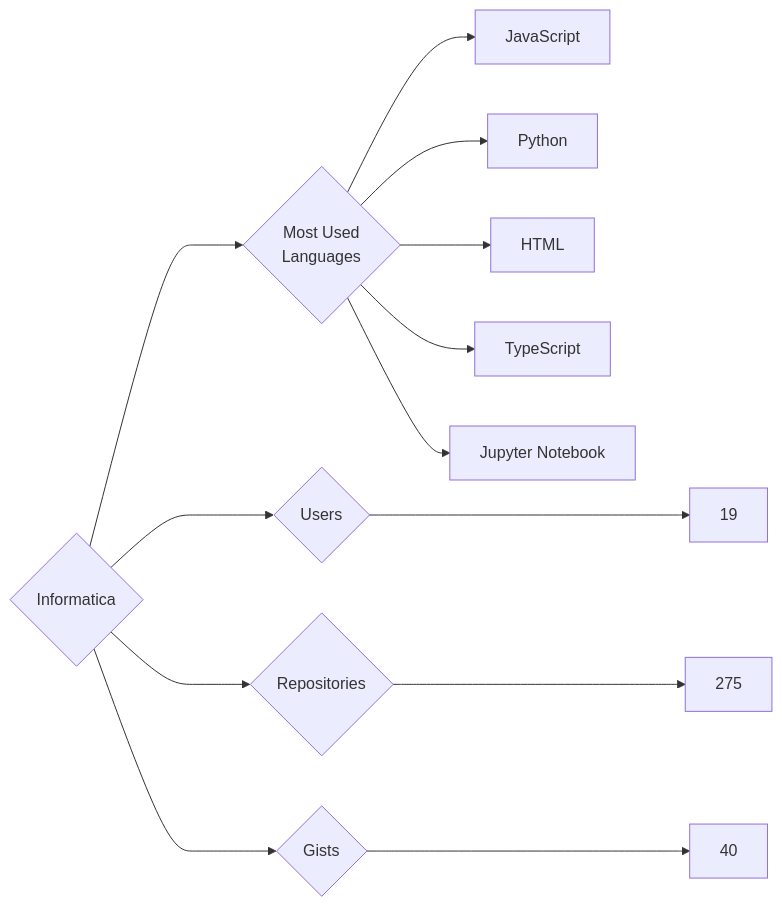
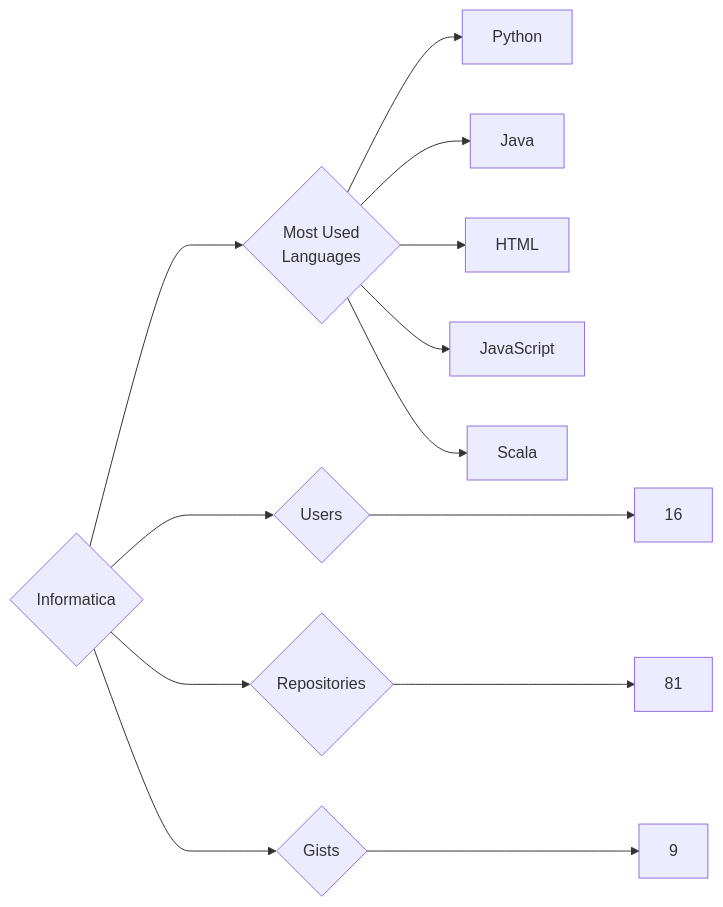
Before and after one commit to trickest/insiders: the diagram in targets/Informatica/README.md, drawn with Mermaid. The commit also changed 772 other files, not shown here.

````diff
--- a/targets/Informatica/README.md
+++ b/targets/Informatica/README.md
@@ -3,13 +3,13 @@
 ```mermaid
 graph LR
 COMPANY_NAME{Informatica}
-COMPANY_NAME ---> U{Users} ---> UN[19]
-COMPANY_NAME ---> R{Repositories} ---> RN[275]
-COMPANY_NAME ---> G{Gists} ---> GN[40]
+COMPANY_NAME ---> U{Users} ---> UN[16]
+COMPANY_NAME ---> R{Repositories} ---> RN[81]
+COMPANY_NAME ---> G{Gists} ---> GN[9]
 COMPANY_NAME ---> ML{Most Used<br>Languages}
+ML --> Python[Python]
+ML --> Java[Java]
+ML --> HTML[HTML]
 ML --> JavaScript[JavaScript]
-ML --> Python[Python]
-ML --> HTML[HTML]
-ML --> TypeScript[TypeScript]
-ML --> Jupyter_Notebook[Jupyter Notebook]
+ML --> Scala[Scala]
 ```
````
